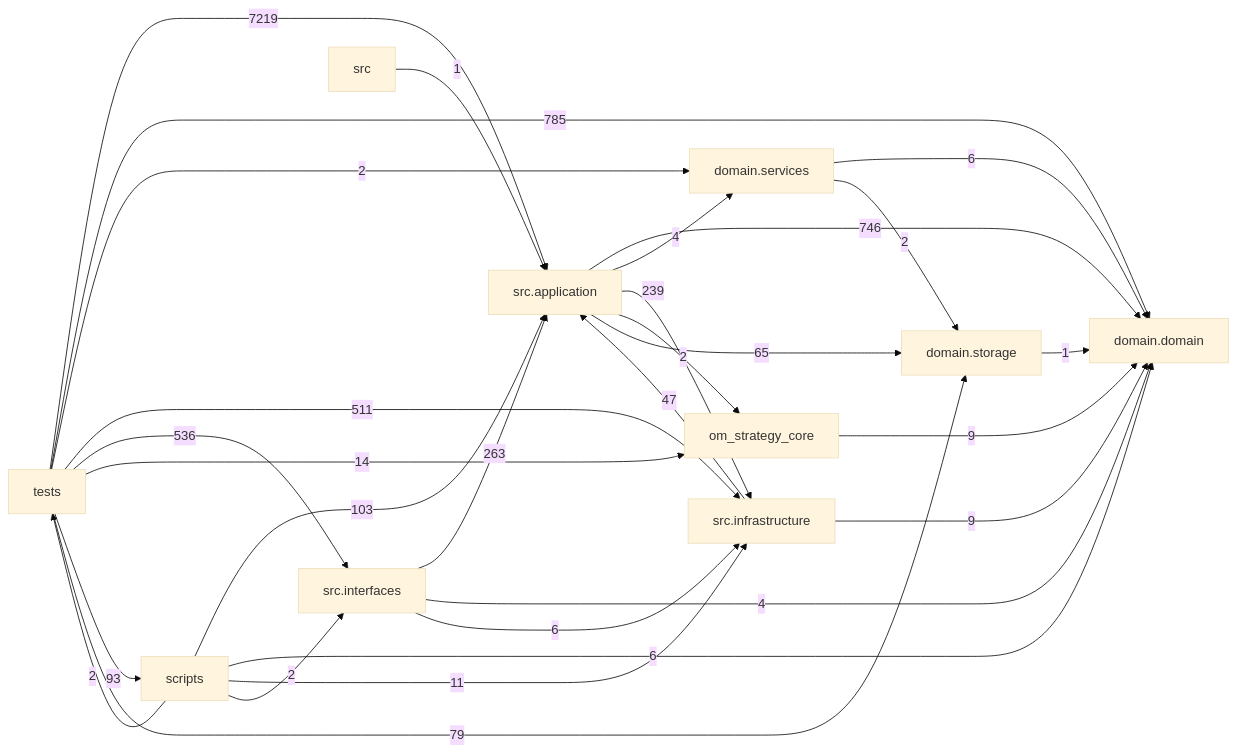
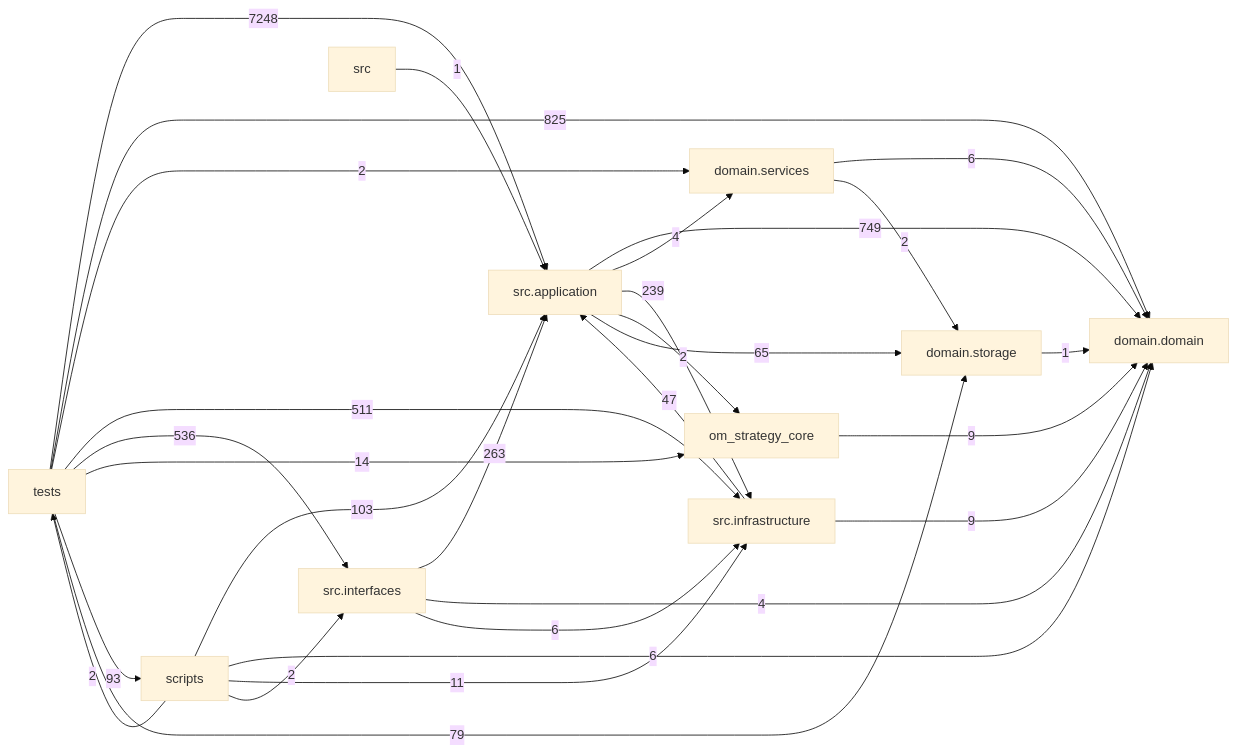
Before and after one commit to liuxie066/options-monitor: the diagram in docs/DEPENDENCY_GRAPH.md, drawn with Mermaid (base theme). The commit also changed other lines of this file and 73 other files, not shown here.

````diff
--- a/docs/DEPENDENCY_GRAPH.md
+++ b/docs/DEPENDENCY_GRAPH.md
@@ -24,39 +24,39 @@
 ```mermaid
 flowchart LR
   tests["tests"]
   scripts["scripts"]
   interfaces["src.interfaces"]
   application["src.application"]
   infrastructure["src.infrastructure"]
   domain_services["domain.services"]
   domain["domain.domain"]
   storage["domain.storage"]
-  application -->|746| domain
+  application -->|749| domain
   application -->|4| domain_services
   application -->|239| infrastructure
   application -->|2| om_strategy_core
   application -->|65| storage
   domain_services -->|6| domain
   domain_services -->|2| storage
   infrastructure -->|47| application
   infrastructure -->|9| domain
   interfaces -->|263| application
   interfaces -->|4| domain
   interfaces -->|6| infrastructure
   om_strategy_core -->|9| domain
   scripts -->|103| application
   scripts -->|6| domain
   scripts -->|11| infrastructure
   scripts -->|2| interfaces
   scripts -->|2| tests
   src -->|1| application
   storage -->|1| domain
-  tests -->|7219| application
-  tests -->|785| domain
+  tests -->|7248| application
+  tests -->|825| domain
   tests -->|2| domain_services
   tests -->|511| infrastructure
   tests -->|536| interfaces
   tests -->|14| om_strategy_core
   tests -->|93| scripts
   tests -->|79| storage
 ```
````
